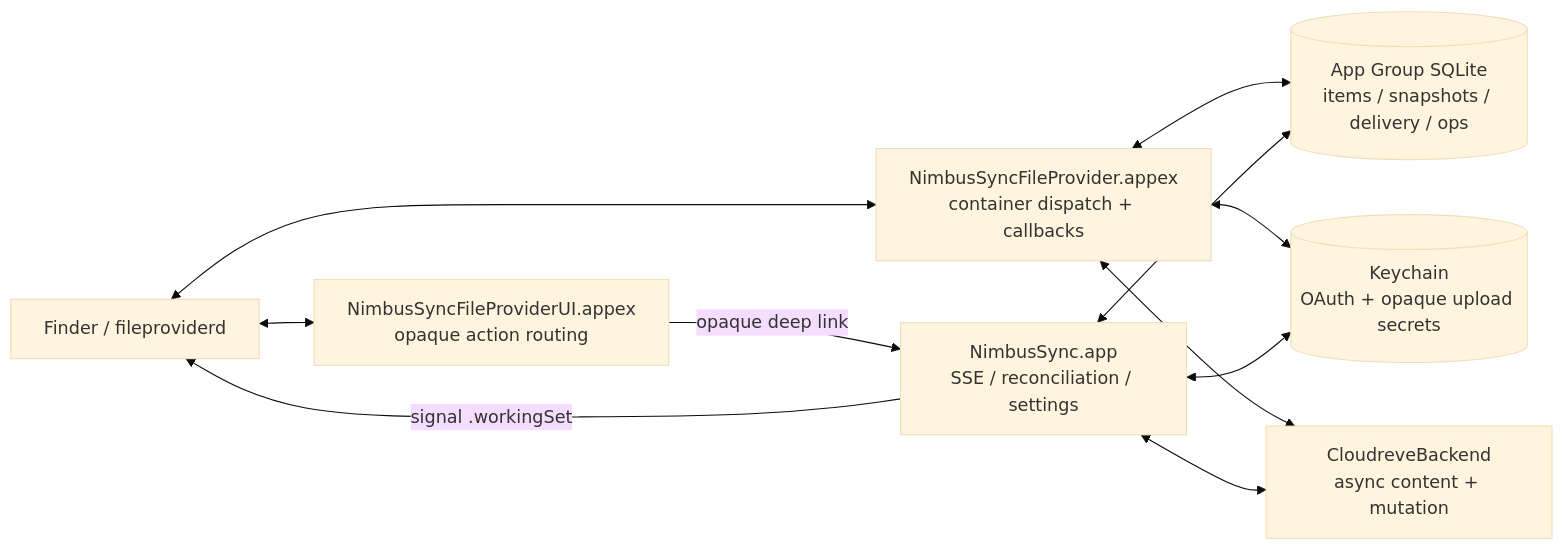
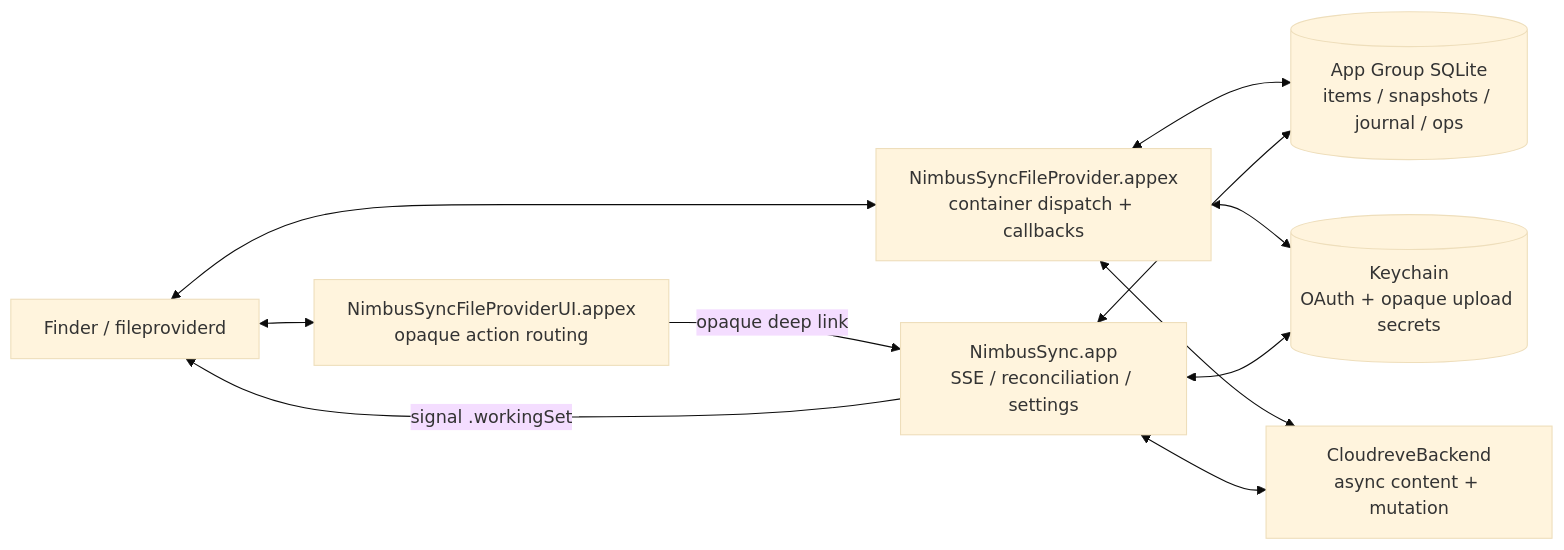
One commit to tiylabs/nimbussync changed the diagram in docs/08-file-provider-nextcloud-parity-implementation.md. Above: the diagram before and after it, drawn with Mermaid (base theme). The commit also changed other lines of this file, not shown here.

Commit message:
docs(file-provider): 📝 refine change journal and enumeration design

````diff
--- a/docs/08-file-provider-nextcloud-parity-implementation.md
+++ b/docs/08-file-provider-nextcloud-parity-implementation.md
@@ -90,21 +91,21 @@
 ```mermaid
 flowchart LR
     Finder[Finder / fileproviderd]
     FP[NimbusSyncFileProvider.appex\ncontainer dispatch + callbacks]
-    Store[(App Group SQLite\nitems / snapshots / delivery / ops)]
+    Store[(App Group SQLite\nitems / snapshots / journal / ops)]
     KC[(Keychain\nOAuth + opaque upload secrets)]
     Remote[CloudreveBackend\nasync content + mutation]
     App[NimbusSync.app\nSSE / reconciliation / settings]
     UI[NimbusSyncFileProviderUI.appex\nopaque action routing]
 
     Finder <--> FP
     Finder <--> UI
     FP <--> Store
     FP <--> KC
     FP <--> Remote
     App <--> Store
     App <--> KC
     App <--> Remote
     App -->|signal .workingSet| Finder
     UI -->|opaque deep link| App
 ```
````
